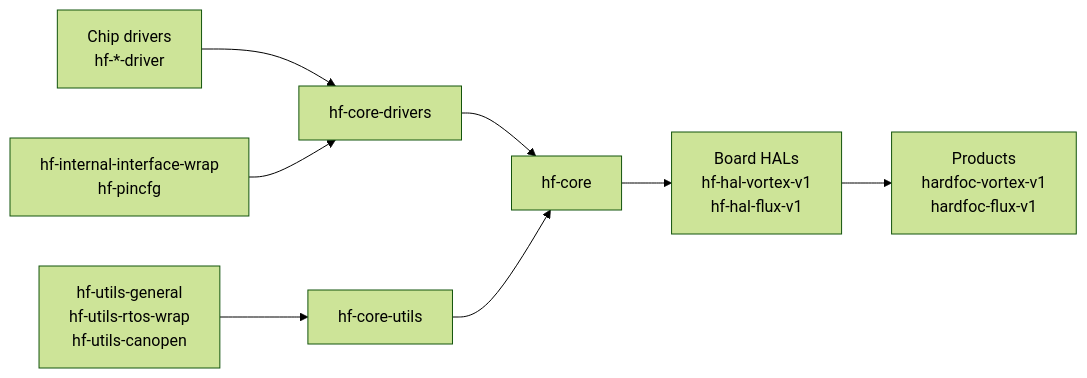
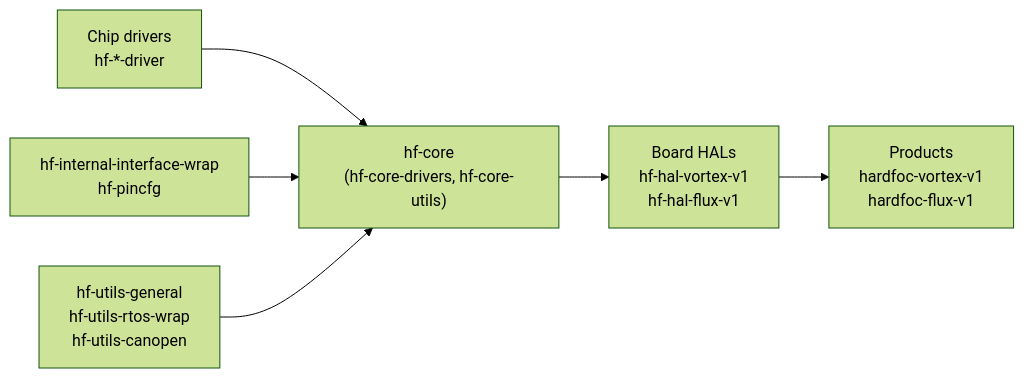
Before and after one commit to hardfoc/.github: the diagram in profile/README.md, drawn with Mermaid (forest theme). The commit also changed other lines of this file and 1 other file, not shown here.

````diff
--- a/profile/README.md
+++ b/profile/README.md
@@ -20,10 +11,8 @@
 ```mermaid
 flowchart LR
-  drv["Chip drivers<br/>hf-*-driver"] --> cd["hf-core-drivers"]
-  iw["hf-internal-interface-wrap<br/>hf-pincfg"] --> cd
-  ut["hf-utils-general<br/>hf-utils-rtos-wrap<br/>hf-utils-canopen"] --> cu["hf-core-utils"]
-  cd --> core["hf-core"]
-  cu --> core
+  drv["Chip drivers<br/>hf-*-driver"] --> core["hf-core<br/>(hf-core-drivers, hf-core-utils)"]
+  iw["hf-internal-interface-wrap<br/>hf-pincfg"] --> core
+  ut["hf-utils-general<br/>hf-utils-rtos-wrap<br/>hf-utils-canopen"] --> core
   core --> hal["Board HALs<br/>hf-hal-vortex-v1<br/>hf-hal-flux-v1"]
   hal --> prod["Products<br/>hardfoc-vortex-v1<br/>hardfoc-flux-v1"]
 ```
````
